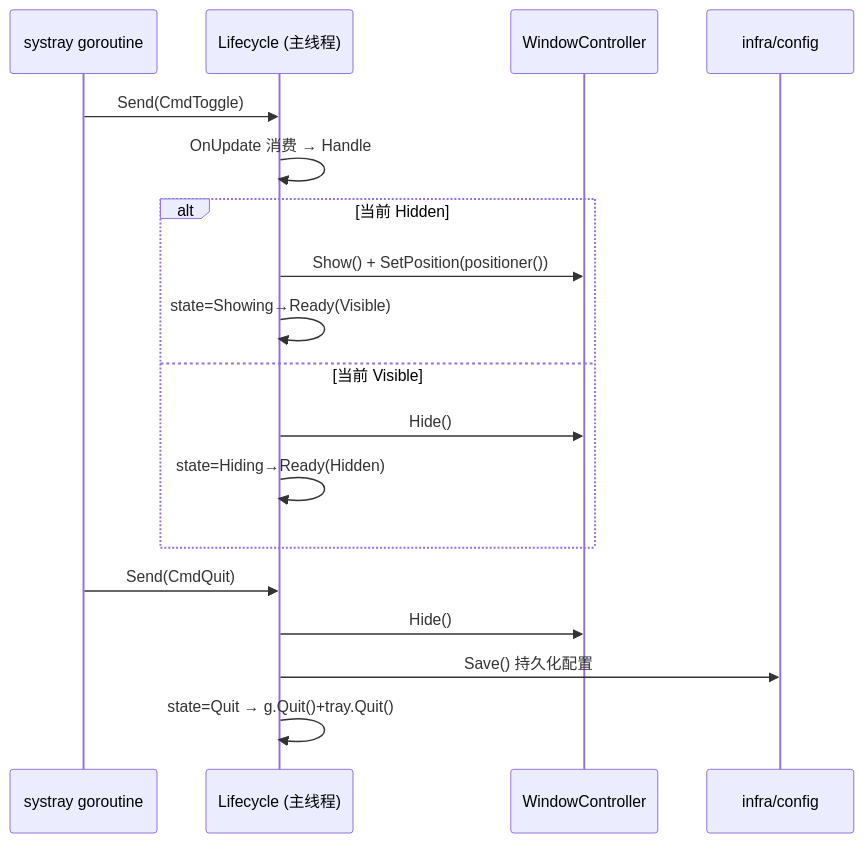
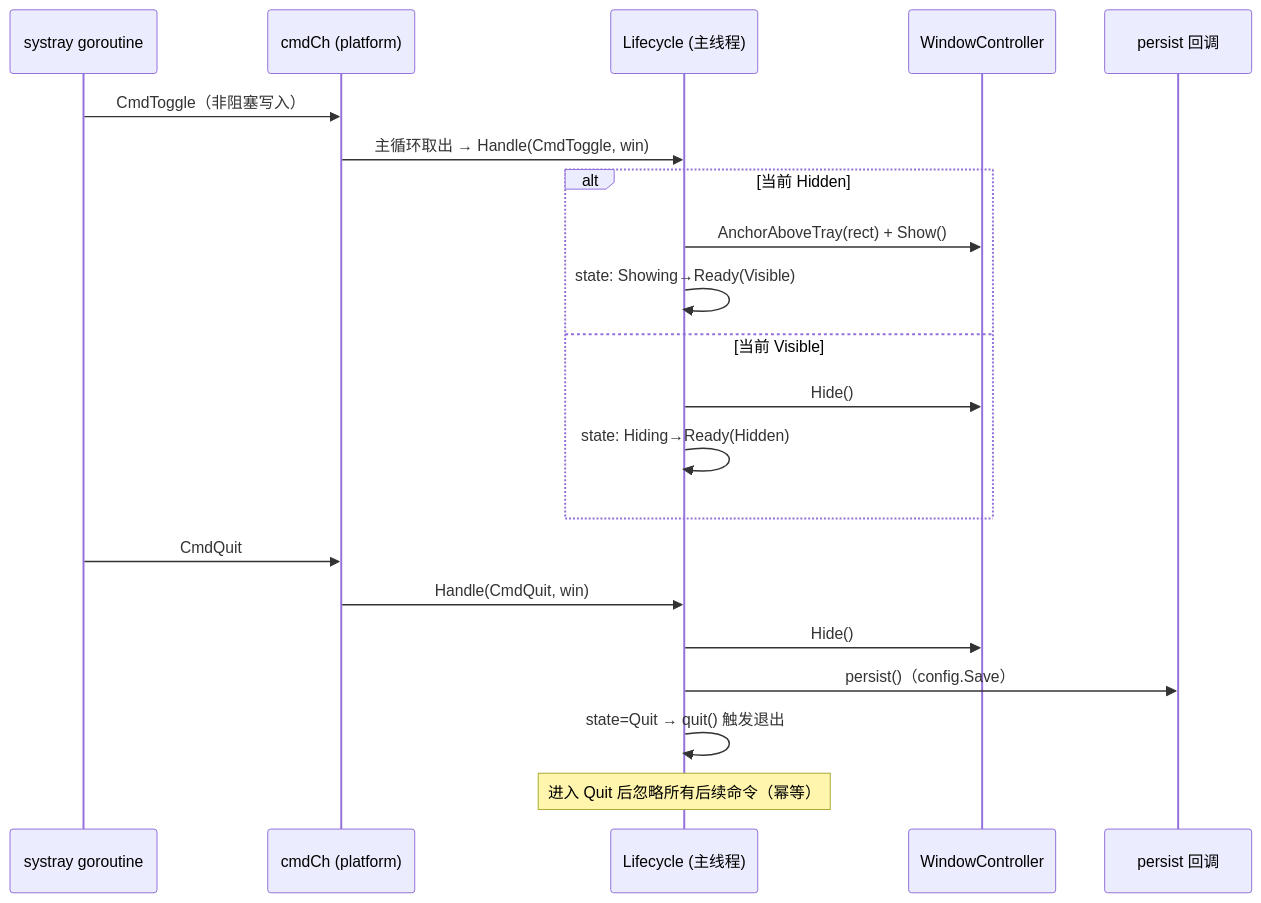
One commit to shaolei/DeskCalendar changed the third of 4 diagrams in docs/10-Shell/Lifecycle.md. Above: the diagram before and after it, drawn with Mermaid. The commit also changed other lines of this file and 2 other files, not shown here.

````diff
--- a/docs/10-Shell/Lifecycle.md
+++ b/docs/10-Shell/Lifecycle.md
@@ -102,21 +111,24 @@
 ```mermaid
 sequenceDiagram
     participant Tray as systray goroutine
+    participant Ch as cmdCh (platform)
     participant LC as Lifecycle (主线程)
     participant Win as WindowController
-    participant Cfg as infra/config
+    participant Persist as persist 回调
 
-    Tray->>LC: Send(CmdToggle)
-    LC->>LC: OnUpdate 消费 → Handle
+    Tray->>Ch: CmdToggle（非阻塞写入）
+    Ch->>LC: 主循环取出 → Handle(CmdToggle, win)
     alt 当前 Hidden
-        LC->>Win: Show() + SetPosition(positioner())
-        LC->>LC: state=Showing→Ready(Visible)
+        LC->>Win: AnchorAboveTray(rect) + Show()
+        LC->>LC: state: Showing→Ready(Visible)
     else 当前 Visible
         LC->>Win: Hide()
-        LC->>LC: state=Hiding→Ready(Hidden)
+        LC->>LC: state: Hiding→Ready(Hidden)
     end
-    Tray->>LC: Send(CmdQuit)
+    Tray->>Ch: CmdQuit
+    Ch->>LC: Handle(CmdQuit, win)
     LC->>Win: Hide()
-    LC->>Cfg: Save() 持久化配置
-    LC->>LC: state=Quit → g.Quit()+tray.Quit()
+    LC->>Persist: persist()（config.Save）
+    LC->>LC: state=Quit → quit() 触发退出
+    Note over LC: 进入 Quit 后忽略所有后续命令（幂等）
 ```
````
